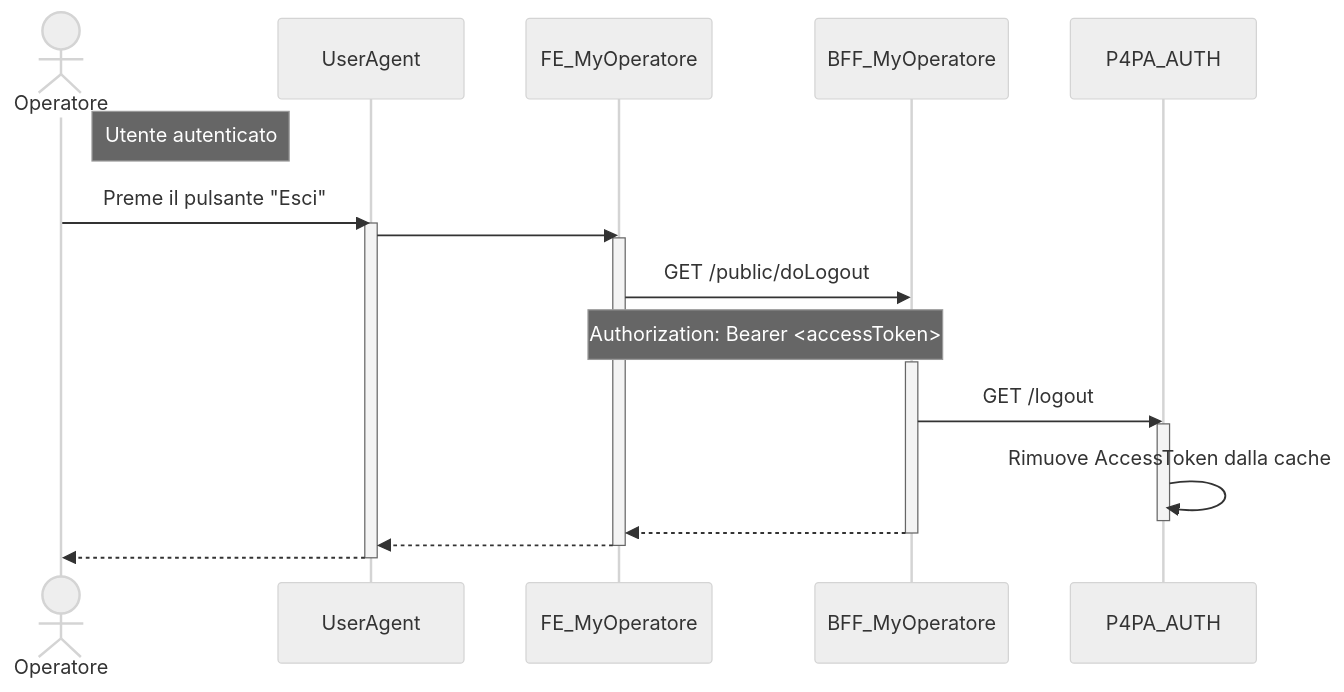
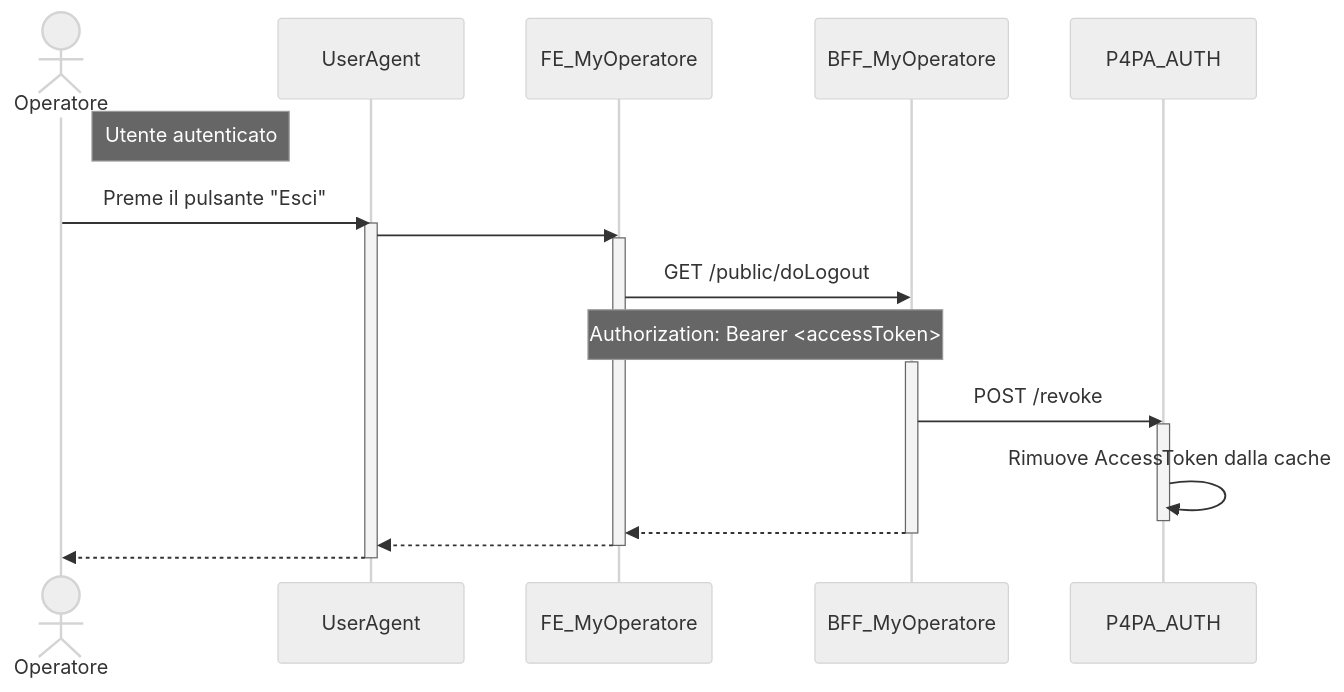
Before and after one commit to pagopa/p4pa-doc: the diagram in design/auth/sequence_logout.mmd, drawn with Mermaid (neutral theme). The commit also changed 1 other file, not shown here.

```diff
--- a/design/auth/sequence_logout.mmd
+++ b/design/auth/sequence_logout.mmd
@@ -1,30 +1,30 @@
 sequenceDiagram
     actor Operatore
     participant UserAgent
     participant FE as FE_MyOperatore
     participant BFF as BFF_MyOperatore
     participant AUTH as P4PA_AUTH
 
     note right of Operatore: Utente autenticato
 
     Operatore ->> UserAgent: Preme il pulsante "Esci"
 
     activate UserAgent
         UserAgent ->> FE: #
         activate FE
             FE ->> BFF: GET /public/doLogout
             note over FE, BFF: Authorization: Bearer <accessToken>
 
             activate BFF
-                BFF ->> AUTH: GET /logout
+                BFF ->> AUTH: POST /revoke
                 activate AUTH
                     AUTH ->> AUTH: Rimuove AccessToken dalla cache
                 deactivate AUTH
 
                 BFF -->> FE: #
             deactivate BFF
 
             FE -->> UserAgent: #
         deactivate FE
         UserAgent -->> Operatore: #
     deactivate UserAgent
```
